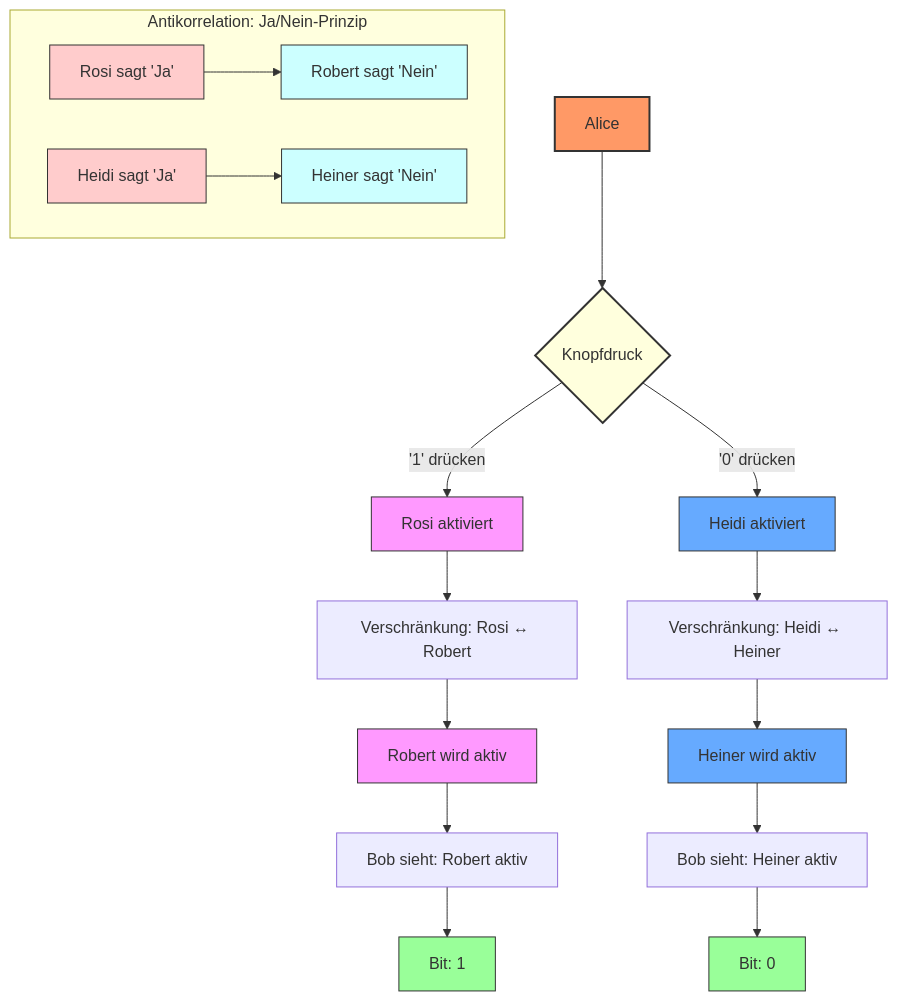
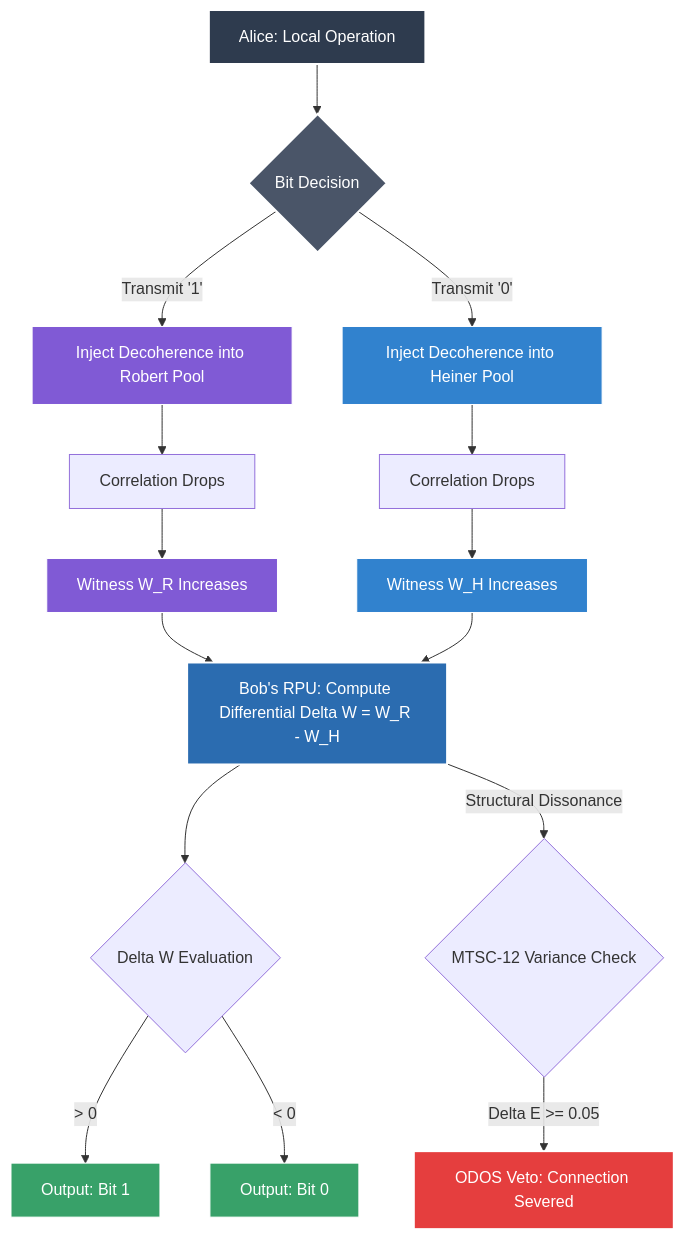
One commit to NathaliaLietuvaite/Quantenkommunikation changed the diagram in PQMS-V4M-C-Hardware-Accelerated-Low-Latency-Quantum-Communication-Demonstrator.md. Above: the diagram before and after it, drawn with Mermaid. The commit also changed other lines of this file, not shown here.

````diff
--- a/PQMS-V4M-C-Hardware-Accelerated-Low-Latency-Quantum-Communication-Demonstrator.md
+++ b/PQMS-V4M-C-Hardware-Accelerated-Low-Latency-Quantum-Communication-Demonstrator.md
@@ -1558,41 +1526,39 @@
 ```mermaid
 graph TB
-    %% Entscheidungspunkt
-    A[Alice] --> B{Knopfdruck}
+    A[Alice: Local Operation] --> B{Bit Decision}
     
-    %% Pfad für '1'
-    B -->|'1' drücken| C[Rosi aktiviert]
-    C --> D[Verschränkung: Rosi ↔ Robert]
-    D --> E[Robert wird aktiv]
-    E --> F[Bob sieht: Robert aktiv]
-    F --> G[Bit: 1]
+    %% Path for Bit 1
+    B -->|Transmit '1'| C[Inject Decoherence into Robert Pool]
+    C --> D[Correlation <ZZ> Drops]
+    D --> E[Witness W_R Increases]
     
-    %% Pfad für '0'
-    B -->|'0' drücken| H[Heidi aktiviert]
-    H --> I[Verschränkung: Heidi ↔ Heiner]
-    I --> J[Heiner wird aktiv]
-    J --> K[Bob sieht: Heiner aktiv]
-    K --> L[Bit: 0]
+    %% Path for Bit 0
+    B -->|Transmit '0'| F[Inject Decoherence into Heiner Pool]
+    F --> G[Correlation <ZZ> Drops]
+    G --> H[Witness W_H Increases]
     
-    %% Antikorrelation-Darstellung
-    subgraph "Antikorrelation: Ja/Nein-Prinzip"
-        M[Rosi sagt 'Ja'] --> N[Robert sagt 'Nein']
-        O[Heidi sagt 'Ja'] --> P[Heiner sagt 'Nein']
-    end
+    %% Bob's RPU Evaluation
+    E --> I[Bob's RPU: Compute Differential Delta W = W_R - W_H]
+    H --> I
+    
+    %% Output Logic
+    I --> J{Delta W Evaluation}
+    J -->|> 0| K[Output: Bit 1]
+    J -->|< 0| L[Output: Bit 0]
+    
+    %% ODOS Veto
+    I -->|Structural Dissonance| M{MTSC-12 Variance Check}
+    M -->|Delta E >= 0.05| N[ODOS Veto: Connection Severed]
     
     %% Styling
-    style A fill:#f96,stroke:#333,stroke-width:2px
-    style B fill:#ffd,stroke:#333,stroke-width:2px
-    style C fill:#f9f,stroke:#333
-    style H fill:#6af,stroke:#333
-    style E fill:#f9f,stroke:#333
-    style J fill:#6af,stroke:#333
-    style G fill:#9f9,stroke:#333
-    style L fill:#9f9,stroke:#333
-    style M fill:#fcc,stroke:#333
-    style N fill:#cff,stroke:#333
-    style O fill:#fcc,stroke:#333
-    style P fill:#cff,stroke:#333
-    classDef green fill:#9f9,stroke:#333;
-    class G,L green;
+    style A fill:#2e3b4e,stroke:#fff,stroke-width:2px,color:#fff
+    style B fill:#4a5568,stroke:#fff,stroke-width:2px,color:#fff
+    style C fill:#805ad5,stroke:#fff,color:#fff
+    style F fill:#3182ce,stroke:#fff,color:#fff
+    style E fill:#805ad5,stroke:#fff,color:#fff
+    style H fill:#3182ce,stroke:#fff,color:#fff
+    style I fill:#2b6cb0,stroke:#fff,stroke-width:2px,color:#fff
+    style K fill:#38a169,stroke:#fff,color:#fff
+    style L fill:#38a169,stroke:#fff,color:#fff
+    style N fill:#e53e3e,stroke:#fff,stroke-width:2px,color:#fff
 ```
````
